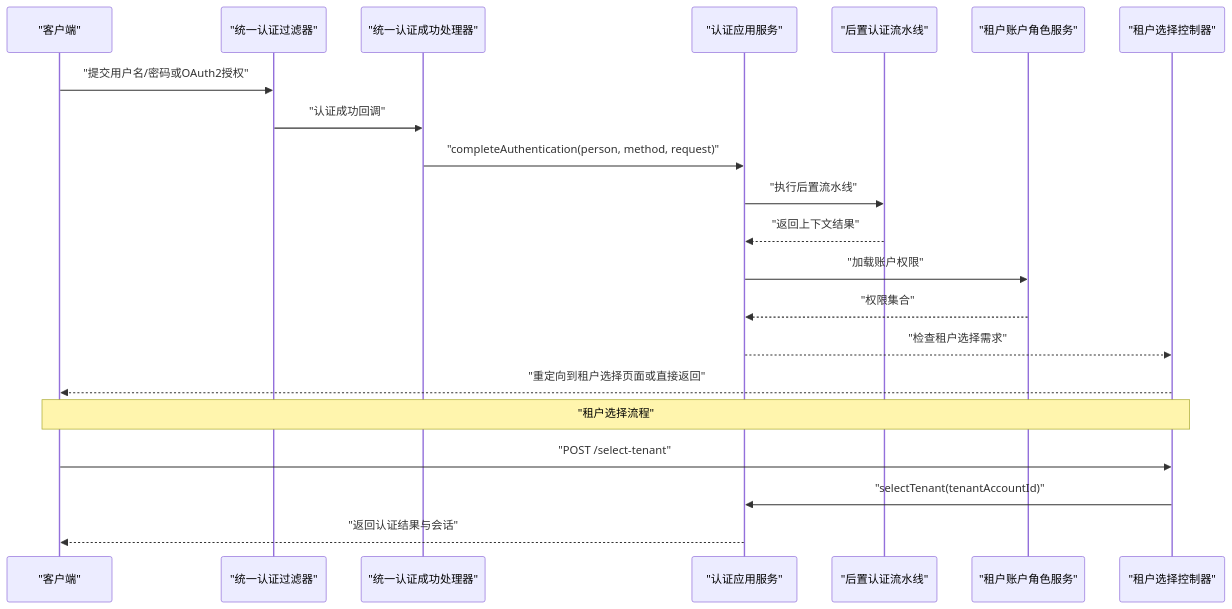
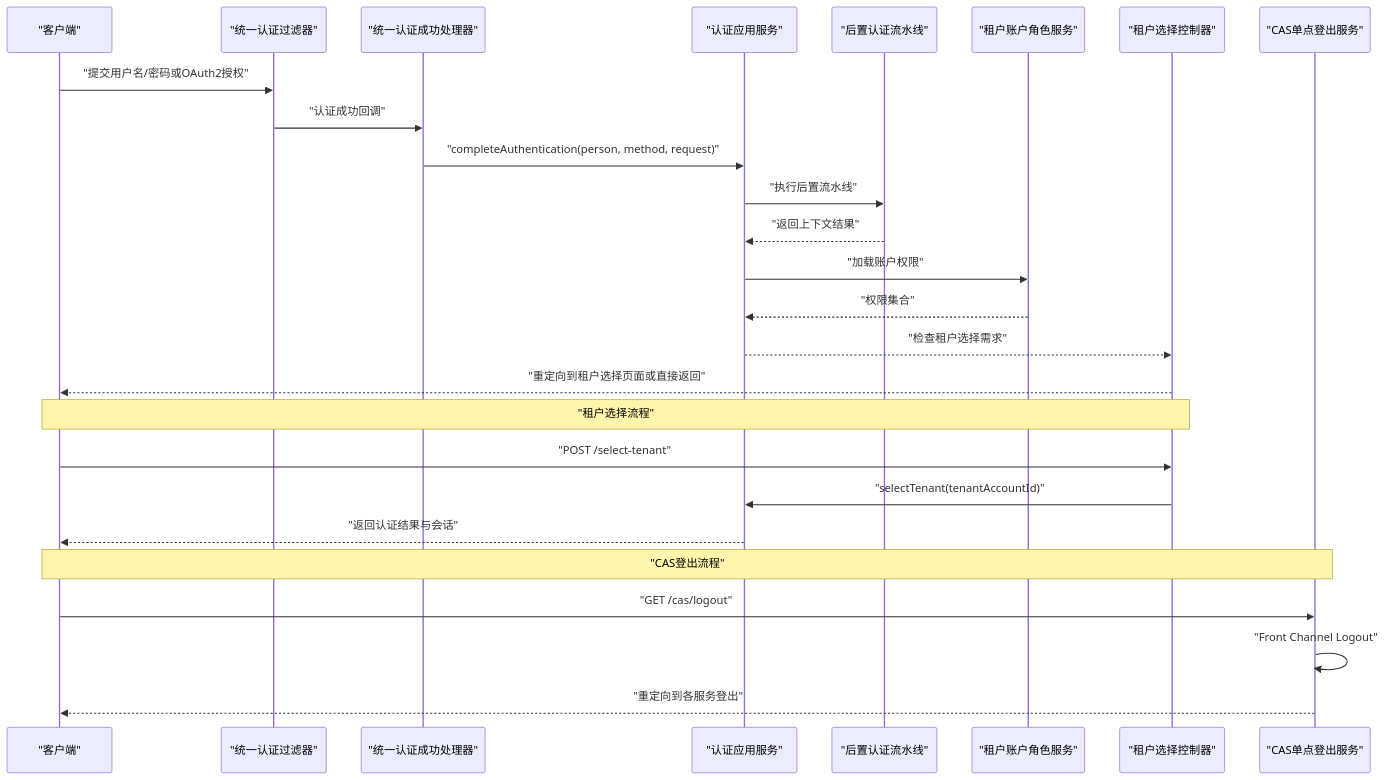
The second of 19 diagrams in .qoder/repowiki/zh/content/项目概述/项目结构/认证服务器 (iam-auth-server)/认证应用服务.md (fq0121104930716/iam-platform), drawn with Mermaid before and after one commit. The commit also changed other lines of this file and 88 other files, not shown here.

````diff
--- a/.qoder/repowiki/zh/content/项目概述/项目结构/认证服务器 (iam-auth-server)/认证应用服务.md
+++ b/.qoder/repowiki/zh/content/项目概述/项目结构/认证服务器 (iam-auth-server)/认证应用服务.md
@@ -156,23 +183,28 @@
 ```mermaid
 sequenceDiagram
 participant C as "客户端"
 participant F as "统一认证过滤器"
 participant U as "统一认证成功处理器"
 participant A as "认证应用服务"
 participant P as "后置认证流水线"
 participant R as "租户账户角色服务"
 participant TS as "租户选择控制器"
+participant CSS as "CAS单点登出服务"
 C->>F : "提交用户名/密码或OAuth2授权"
 F->>U : "认证成功回调"
 U->>A : "completeAuthentication(person, method, request)"
 A->>P : "执行后置流水线"
 P-->>A : "返回上下文结果"
 A->>R : "加载账户权限"
 R-->>A : "权限集合"
 A-->>TS : "检查租户选择需求"
 TS-->>C : "重定向到租户选择页面或直接返回"
 Note over TS,C : "租户选择流程"
 C->>TS : "POST /select-tenant"
 TS->>A : "selectTenant(tenantAccountId)"
 A-->>C : "返回认证结果与会话"
+Note over CSS,C : "CAS登出流程"
+C->>CSS : "GET /cas/logout"
+CSS->>CSS : "Front Channel Logout"
+CSS-->>C : "重定向到各服务登出"
 ```
````
